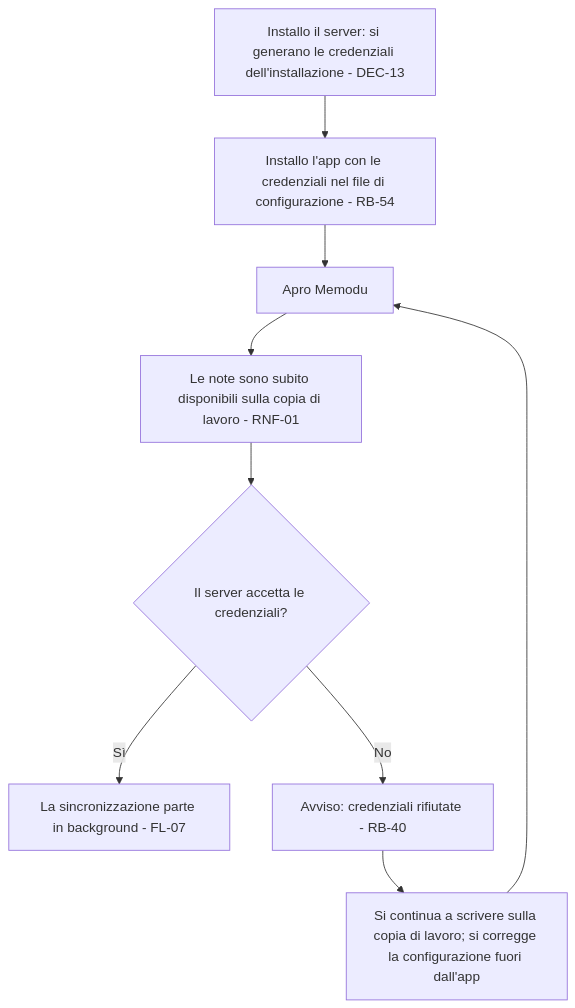
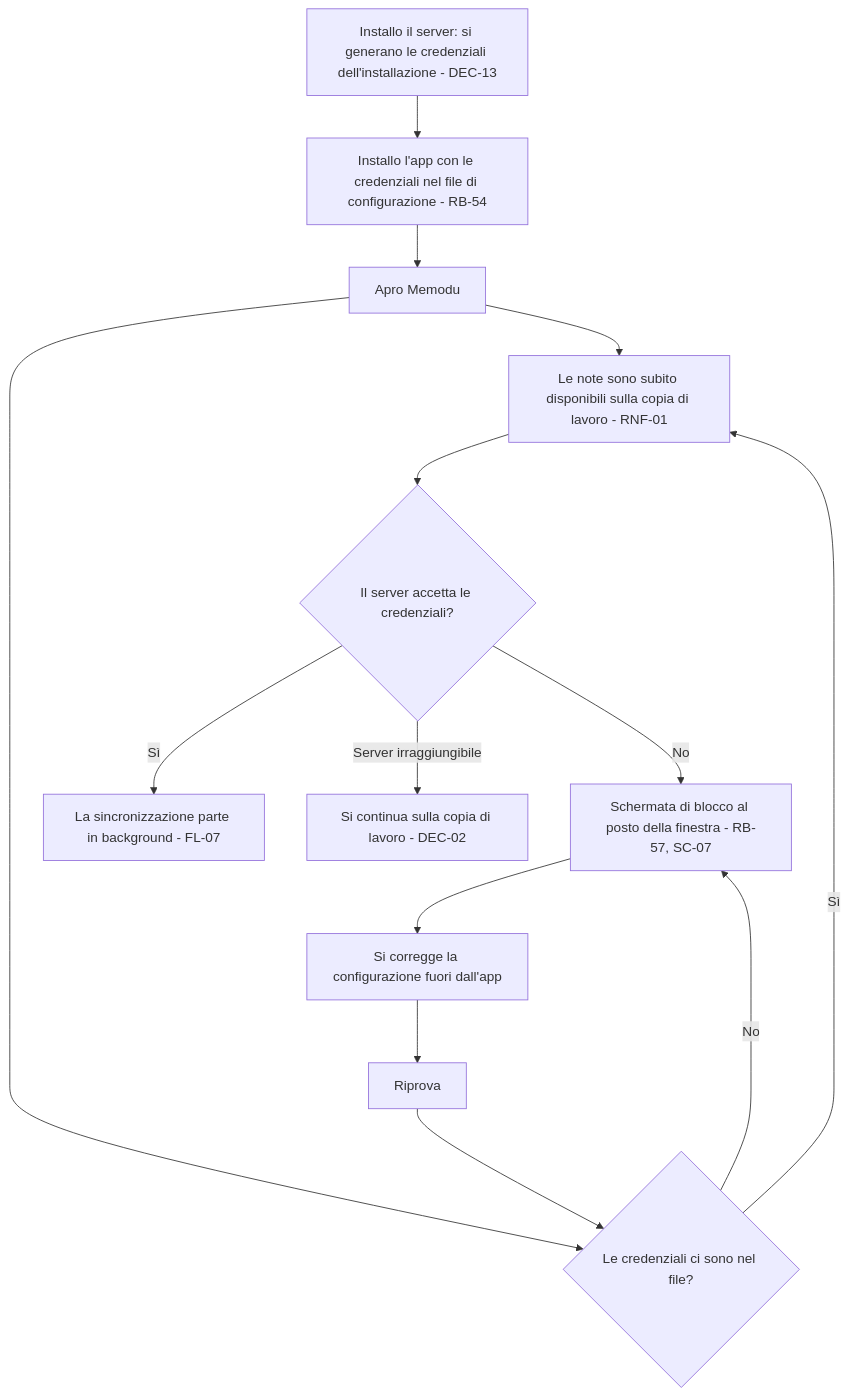
The second of 2 diagrams in docs/moduli/sincronizzazione/2-flussi.md (Helmutsti/MemoDu), drawn with Mermaid before and after one commit. The commit also changed other lines of this file and 15 other files, not shown here.

First line of the commit message:
DEC-20 RB-57 RB-58 RB-59: blocco senza credenziali, deduzioni chiuse

````diff
--- a/docs/moduli/sincronizzazione/2-flussi.md
+++ b/docs/moduli/sincronizzazione/2-flussi.md
@@ -64,11 +64,16 @@
 ```mermaid
 flowchart TD
     A[Installo il server: si generano le credenziali dell'installazione - DEC-13] --> B[Installo l'app con le credenziali nel file di configurazione - RB-54]
     B --> C[Apro Memodu]
     C --> D[Le note sono subito disponibili sulla copia di lavoro - RNF-01]
+    C --> M{Le credenziali ci sono nel file?}
+    M -- No --> G
+    M -- Sì --> D
     D --> E{Il server accetta le credenziali?}
     E -- Sì --> F[La sincronizzazione parte in background - FL-07]
-    E -- No --> G[Avviso: credenziali rifiutate - RB-40]
-    G --> H[Si continua a scrivere sulla copia di lavoro; si corregge la configurazione fuori dall'app]
-    H --> C
+    E -- Server irraggiungibile --> R[Si continua sulla copia di lavoro - DEC-02]
+    E -- No --> G[Schermata di blocco al posto della finestra - RB-57, SC-07]
+    G --> H[Si corregge la configurazione fuori dall'app]
+    H --> I[Riprova]
+    I --> M
 ```
````
